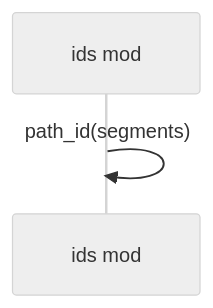
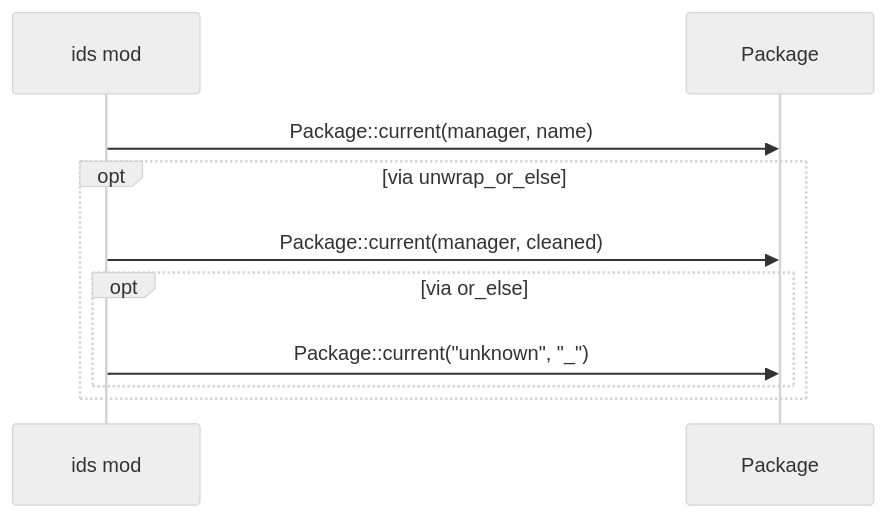
Before and after one commit to DreamLab-AI/codemaid: the second of 8 diagrams in docs/sealmap/crates/sealmap-frontend/src/ids.rs.md, drawn with Mermaid (neutral theme). The commit also changed other lines of this file and 45 other files, not shown here.

First line of the commit message:
docs: regenerate the self-corpus for sym: ids and schema v2

````diff
--- a/docs/sealmap/crates/sealmap-frontend/src/ids.rs.md
+++ b/docs/sealmap/crates/sealmap-frontend/src/ids.rs.md
@@ -38,5 +44,12 @@
 ```mermaid
 sequenceDiagram
   participant sealmap_frontend__ids as ids mod
-  sealmap_frontend__ids->>sealmap_frontend__ids: path_id(segments)
+  participant sealmap_model__sym___tPackage as Package
+  sealmap_frontend__ids->>sealmap_model__sym___tPackage: Package::current(manager, name)
+  opt via unwrap_or_else
+    sealmap_frontend__ids->>sealmap_model__sym___tPackage: Package::current(manager, cleaned)
+    opt via or_else
+      sealmap_frontend__ids->>sealmap_model__sym___tPackage: Package::current(#quot;unknown#quot;, #quot;_#quot;)
+    end
+  end
 ```
````
